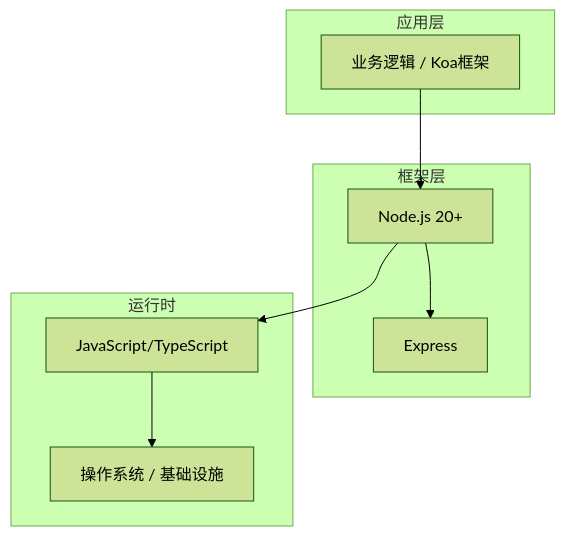
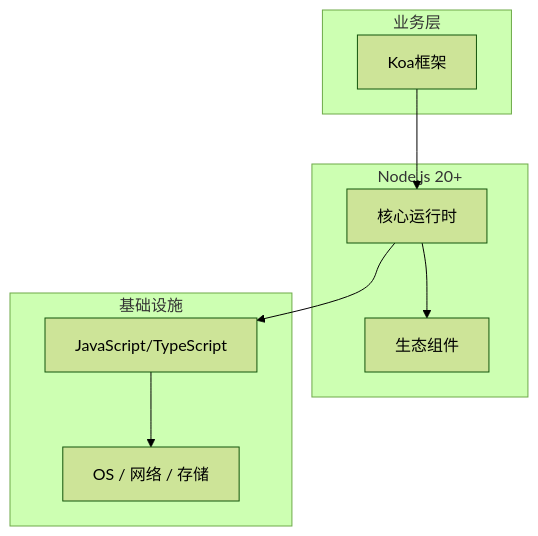
Before and after one commit to yanggan2015/knowledge-json-v2: the diagram in articles/Node.js/chapters/058-Koa框架核心概念与原理.md, drawn with Mermaid (forest theme). The commit also changed other lines of this file and 10127 other files, not shown here.

````diff
--- a/articles/Node.js/chapters/058-Koa框架核心概念与原理.md
+++ b/articles/Node.js/chapters/058-Koa框架核心概念与原理.md
@@ -45,18 +34,18 @@
 ```mermaid
 graph TB
-    subgraph 应用层
-        A[业务逻辑 / Koa框架]
+    subgraph 业务层
+        A[Koa框架]
     end
-    subgraph 框架层
-        B[Node.js 20+]
-        C[Express]
+    subgraph Node.js 20+
+        B[核心运行时]
+        C[生态组件]
     end
-    subgraph 运行时
+    subgraph 基础设施
         D[JavaScript/TypeScript]
-        E[操作系统 / 基础设施]
+        E[OS / 网络 / 存储]
     end
     A --> B
     B --> C
     B --> D
     D --> E
 ```
````
